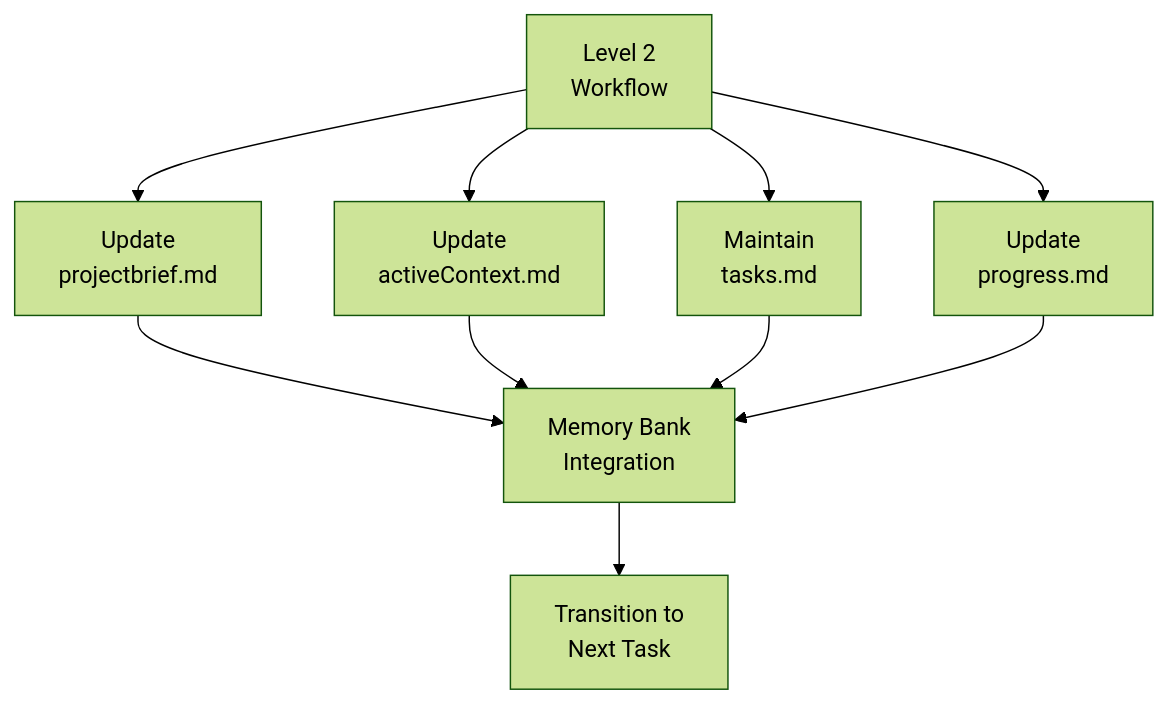
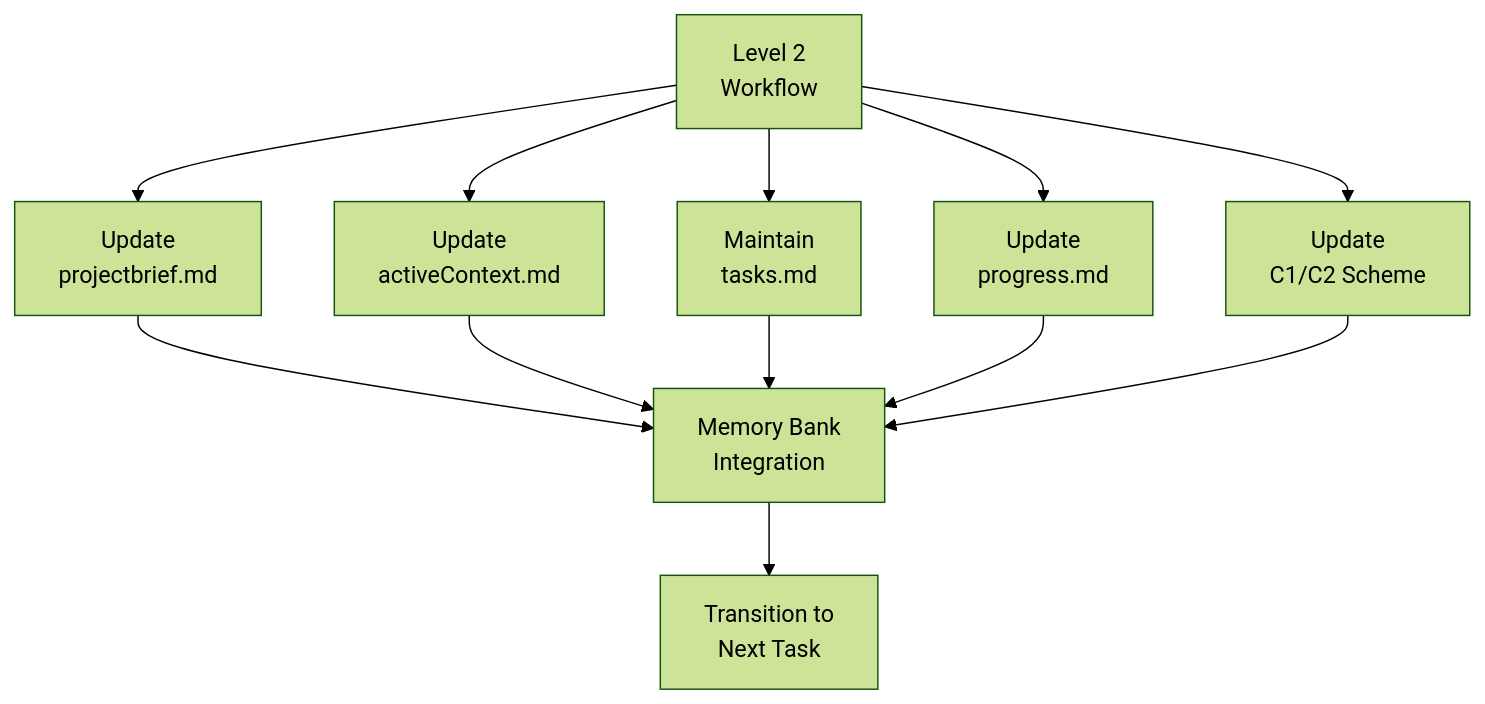
One commit to DennisGrammes/arc42-memory-bank changed the ninth of 9 diagrams in .github/instructions/rules/isolation_rules/Level2/workflow-level2.md. Above: the diagram before and after it, drawn with Mermaid (forest theme). The commit also changed 10 other files, not shown here.

````diff
--- a/.github/instructions/rules/isolation_rules/Level2/workflow-level2.md
+++ b/.github/instructions/rules/isolation_rules/Level2/workflow-level2.md
@@ -289,10 +289,11 @@
 ```mermaid
 graph TD
     Workflow["Level 2<br>Workflow"] --> PB["Update<br>projectbrief.md"]
     Workflow --> AC["Update<br>activeContext.md"]
     Workflow --> TM["Maintain<br>tasks.md"]
     Workflow --> PM["Update<br>progress.md"]
-    
-    PB & AC & TM & PM --> MB["Memory Bank<br>Integration"]
+    Workflow --> SC["Update<br>C1/C2 Scheme"]
+
+    PB & AC & TM & PM & SC --> MB["Memory Bank<br>Integration"]
     MB --> NextTask["Transition to<br>Next Task"]
 ```
````
